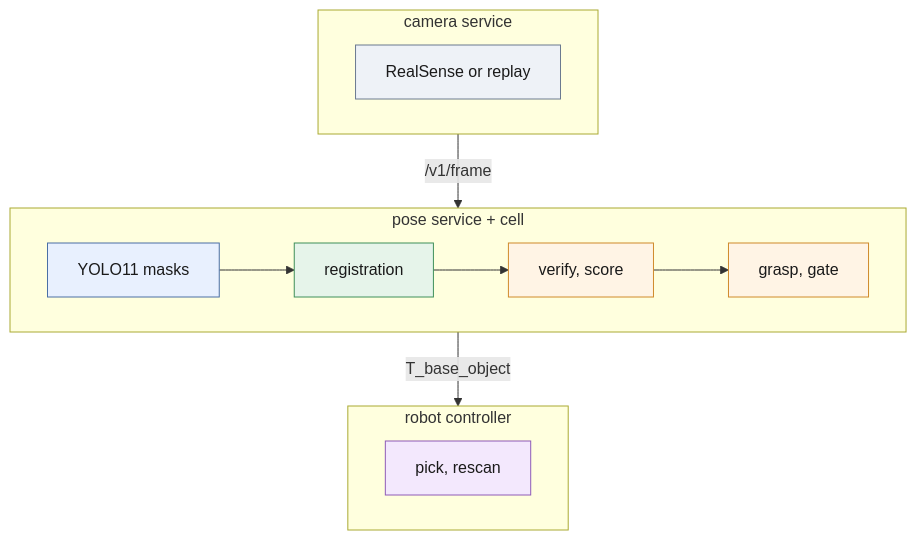
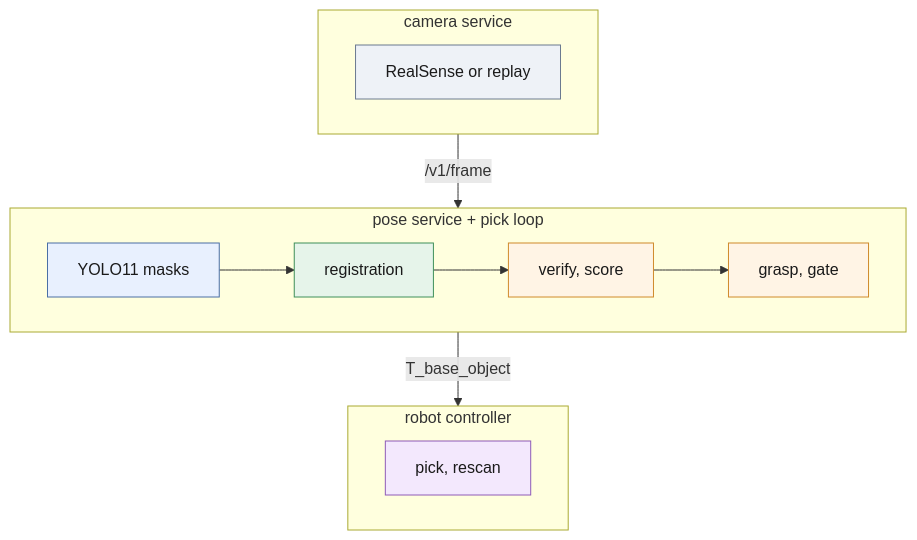
One commit to vucongboi080804/eureka-pose-estimation changed the first of 2 diagrams in deploy/ARCHITECTURE.md. Above: the diagram before and after it, drawn with Mermaid. The commit also changed other lines of this file and 95 other files, not shown here.

````diff
--- a/deploy/ARCHITECTURE.md
+++ b/deploy/ARCHITECTURE.md
@@ -5,20 +5,20 @@
 ```mermaid
 flowchart TB
     subgraph P1 [camera service]
         SRC[RealSense or replay]:::data
     end
-    subgraph P2 [pose service + cell]
+    subgraph P2 [pose service + pick loop]
         direction LR
         SEG[YOLO11 masks]:::learn --> REG[registration]:::geom --> VER[verify, score]:::check --> GR[grasp, gate]:::check
     end
     subgraph P3 [robot controller]
         PICK[pick, rescan]:::out
     end
     P1 -- "/v1/frame" --> P2
     P2 -- "T_base_object" --> P3
     classDef data fill:#eef2f7,stroke:#6b7a90,color:#1a1a1a
     classDef learn fill:#e8f0fe,stroke:#4a6fa5,color:#1a1a1a
     classDef geom fill:#e6f4ea,stroke:#3f8f5a,color:#1a1a1a
     classDef check fill:#fff4e5,stroke:#d08a2b,color:#1a1a1a
     classDef out fill:#f3e8fd,stroke:#8e5bb8,color:#1a1a1a
 ```
````
